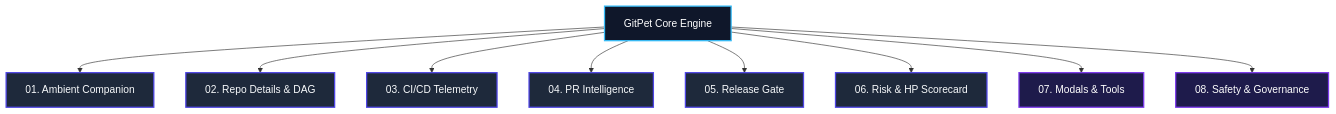
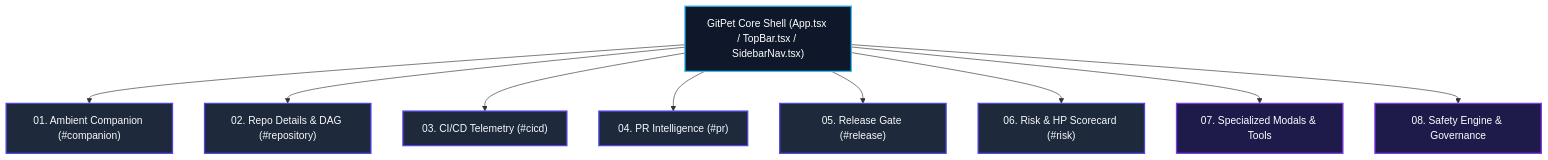
The diagram in docs/Features/README.md (lucaswhitaker22/DevOps-for-GenAI---Ottawa-2026---Team-05-Ribbon-Patrol), drawn with Mermaid before and after one commit. The commit also changed other lines of this file and 17 other files, not shown here.

````diff
--- a/docs/Features/README.md
+++ b/docs/Features/README.md
@@ -24,29 +24,29 @@
 ```mermaid
 graph TD
     classDef page fill:#1e293b,stroke:#4f46e5,stroke-width:2px,color:#f8fafc;
     classDef modal fill:#1e1b4b,stroke:#7c3aed,stroke-width:2px,color:#ffffff;
     classDef core fill:#0f172a,stroke:#38bdf8,stroke-width:2px,color:#ffffff;
 
-    App["GitPet Core Engine"]:::core
+    App["GitPet Core Shell (App.tsx / TopBar.tsx / SidebarNav.tsx)"]:::core
 
     %% 6 Workspaces
-    P1["01. Ambient Companion"]:::page
-    P2["02. Repo Details & DAG"]:::page
-    P3["03. CI/CD Telemetry"]:::page
-    P4["04. PR Intelligence"]:::page
-    P5["05. Release Gate"]:::page
-    P6["06. Risk & HP Scorecard"]:::page
+    P1["01. Ambient Companion (#companion)"]:::page
+    P2["02. Repo Details & DAG (#repository)"]:::page
+    P3["03. CI/CD Telemetry (#cicd)"]:::page
+    P4["04. PR Intelligence (#pr)"]:::page
+    P5["05. Release Gate (#release)"]:::page
+    P6["06. Risk & HP Scorecard (#risk)"]:::page
 
-    %% Global Utilities
-    M1["07. Modals & Tools"]:::modal
-    M2["08. Safety & Governance"]:::modal
+    %% Global Utilities & Modals
+    M1["07. Specialized Modals & Tools"]:::modal
+    M2["08. Safety Engine & Governance"]:::modal
 
     App --> P1
     App --> P2
     App --> P3
     App --> P4
     App --> P5
     App --> P6
     App --> M1
     App --> M2
 ```
````
